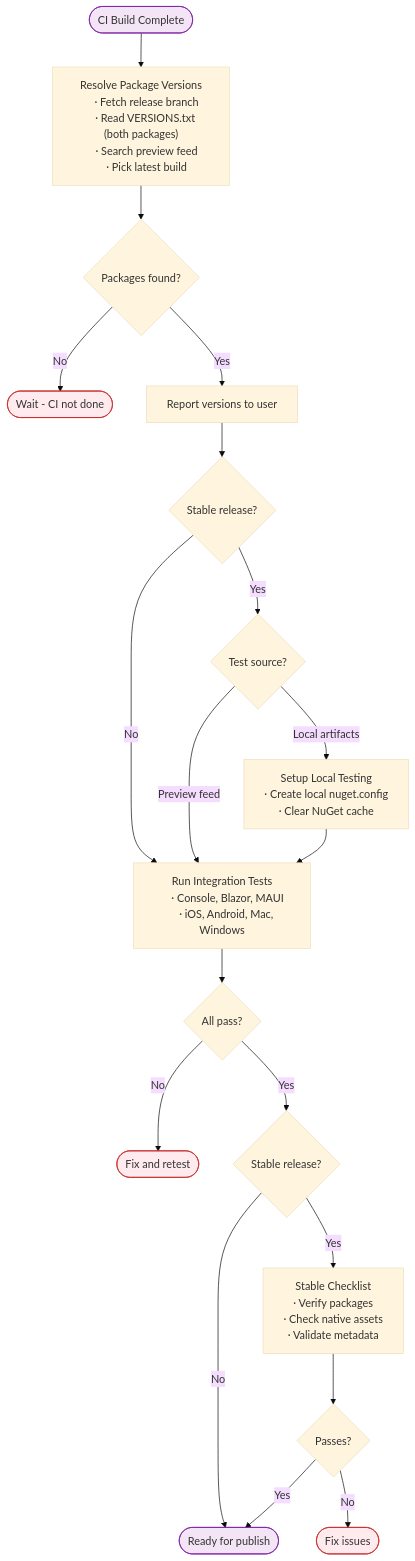
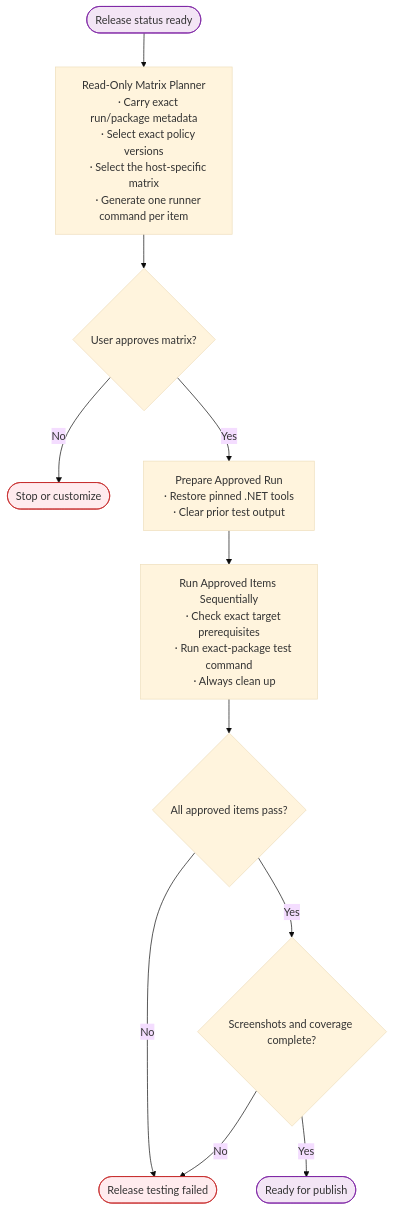
The second of 4 diagrams in documentation/dev/releasing.md (mono/SkiaSharp), drawn with Mermaid (base theme) before and after one commit. The commit also changed other lines of this file and 46 other files, not shown here.

````diff
--- a/documentation/dev/releasing.md
+++ b/documentation/dev/releasing.md
@@ -191,52 +191,35 @@
 ```mermaid
 flowchart TB
-    START([CI Build Complete]) --> RESOLVE
-    
-    RESOLVE["Resolve Package Versions
-    ∙ Fetch release branch
-    ∙ Read VERSIONS.txt (both packages)
-    ∙ Search preview feed
-    ∙ Pick latest build"]
-    
-    RESOLVE --> FOUND{Packages found?}
-    FOUND -->|No| WAIT([Wait - CI not done])
-    FOUND -->|Yes| REPORT[Report versions to user]
-    
-    REPORT --> STABLE{Stable release?}
-    STABLE -->|No| TESTS
-    STABLE -->|Yes| SOURCE{Test source?}
-    
-    SOURCE -->|Preview feed| TESTS
-    SOURCE -->|Local artifacts| SETUP
-    
-    SETUP["Setup Local Testing
-    ∙ Create local nuget.config
-    ∙ Clear NuGet cache"]
-    
-    SETUP --> TESTS
-    
-    TESTS["Run Integration Tests
-    ∙ Console, Blazor, MAUI
-    ∙ iOS, Android, Mac, Windows"]
-    
-    TESTS --> RESULT{All pass?}
-    RESULT -->|No| FIX([Fix and retest])
-    RESULT -->|Yes| CHECK{Stable release?}
-    
-    CHECK -->|No| READY([Ready for publish])
-    CHECK -->|Yes| CHECKLIST
-    
-    CHECKLIST["Stable Checklist
-    ∙ Verify packages
-    ∙ Check native assets
-    ∙ Validate metadata"]
-    
-    CHECKLIST --> OK{Passes?}
-    OK -->|No| FIX2([Fix issues])
-    OK -->|Yes| READY
+    START([Release status ready]) --> PLAN
+
+    PLAN["Read-Only Matrix Planner
+    ∙ Carry exact run/package metadata
+    ∙ Select exact policy versions
+    ∙ Select the host-specific matrix
+    ∙ Generate one runner command per item"]
+
+    PLAN --> APPROVE{User approves matrix?}
+    APPROVE -->|No| STOP([Stop or customize])
+    APPROVE -->|Yes| PREPARE
+
+    PREPARE["Prepare Approved Run
+    ∙ Restore pinned .NET tools
+    ∙ Clear prior test output"]
+
+    PREPARE --> TESTS
+    TESTS["Run Approved Items Sequentially
+    ∙ Check exact target prerequisites
+    ∙ Run exact-package test command
+    ∙ Always clean up"]
+
+    TESTS --> RESULT{All approved items pass?}
+    RESULT -->|No| FAIL([Release testing failed])
+    RESULT -->|Yes| ARTIFACTS{Screenshots and coverage complete?}
+    ARTIFACTS -->|No| FAIL
+    ARTIFACTS -->|Yes| READY([Ready for publish])
 
     classDef error fill:#ffebee,stroke:#c62828
     classDef endpoint fill:#f3e5f5,stroke:#7b1fa2
-    class WAIT,FIX,FIX2 error
+    class STOP,FAIL error
     class START,READY endpoint
 ```
````
